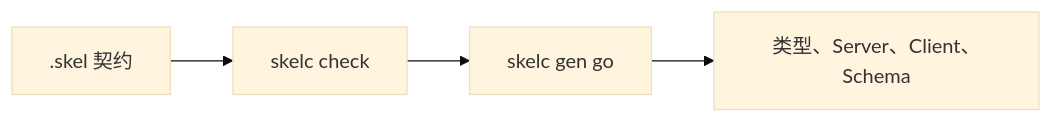
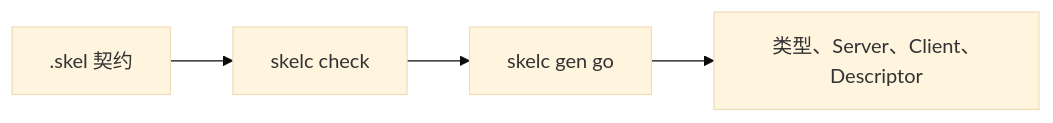
One commit to yorun-ai/vine-site changed the diagram in i18n/zh-CN/docusaurus-plugin-content-docs/current/getting-started/first-contract.md. Above: the diagram before and after it, drawn with Mermaid (base theme). The commit also changed other lines of this file and 20 other files, not shown here.

````diff
--- a/i18n/zh-CN/docusaurus-plugin-content-docs/current/getting-started/first-contract.md
+++ b/i18n/zh-CN/docusaurus-plugin-content-docs/current/getting-started/first-contract.md
@@ -106,4 +106,4 @@
 ```mermaid
 flowchart LR
-  Skel[".skel 契约"] --> Check["skelc check"] --> Generate["skelc gen go"] --> Code["类型、Server、Client、Schema"]
+  Skel[".skel 契约"] --> Check["skelc check"] --> Generate["skelc gen go"] --> Code["类型、Server、Client、Descriptor"]
 ```
````
